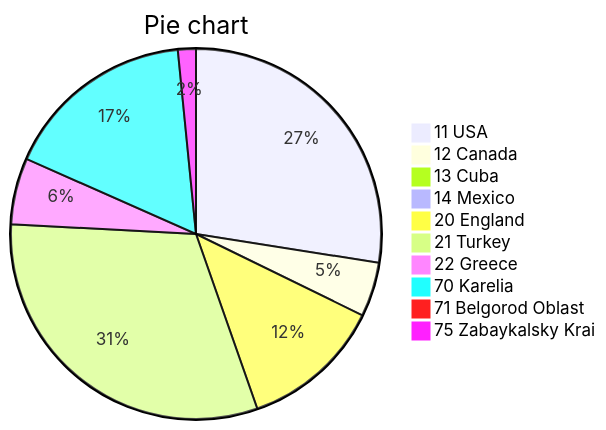
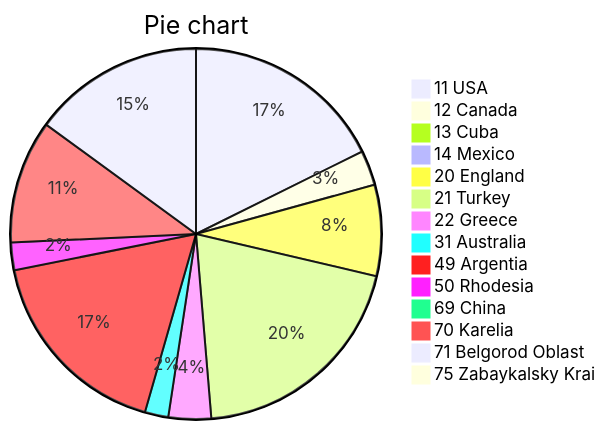
One commit to EvgenyVenalainen/jd-folders-tool changed the diagram in index.md. Above: the diagram before and after it, drawn with Mermaid. The commit also changed other lines of this file and 25 other files, not shown here.

Commit message:
More examples and new chart image

````diff
--- a/index.md
+++ b/index.md
@@ -105,13 +166,17 @@
 ```mermaid
 pie title Pie chart
-"11 USA" : 1496.9
+"11 USA" : 1500.1
 "12 Canada" : 258.7
-"13 Cuba" : 0.0
+"13 Cuba" : 14.8
 "14 Mexico" : 35.2
 "20 England" : 674.6
 "21 Turkey" : 1699.8
 "22 Greece" : 315.6
+"31 Australia" : 173.8
+"49 Argentia" : 1478.9
+"50 Rhodesia" : 204.4
+"69 China" : 0.4
 "70 Karelia" : 914.4
-"71 Belgorod Oblast" : 0.0
+"71 Belgorod Oblast" : 1270.5
 "75 Zabaykalsky Krai" : 85.5
 ```
````
